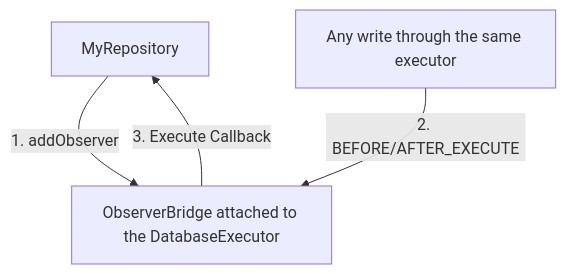
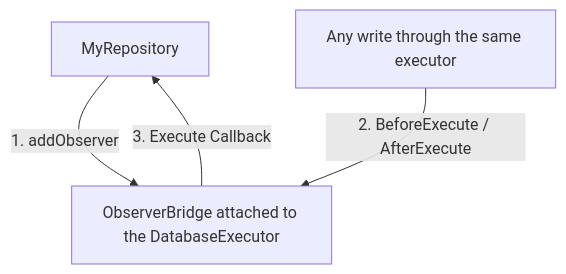
Before and after one commit to byjg/php-micro-orm: the diagram in docs/observers.md, drawn with Mermaid. The commit also changed other lines of this file and 11 other files, not shown here.

````diff
--- a/docs/observers.md
+++ b/docs/observers.md
@@ -16,6 +16,6 @@
 ```mermaid
 flowchart TD
     A[MyRepository] --> |1. addObserver| B[ObserverBridge attached to the DatabaseExecutor]
-    C[Any write through the same executor] --> |2. BEFORE/AFTER_EXECUTE| B
+    C[Any write through the same executor] --> |2. BeforeExecute / AfterExecute| B
     B --> |3. Execute Callback| A
 ```
````
